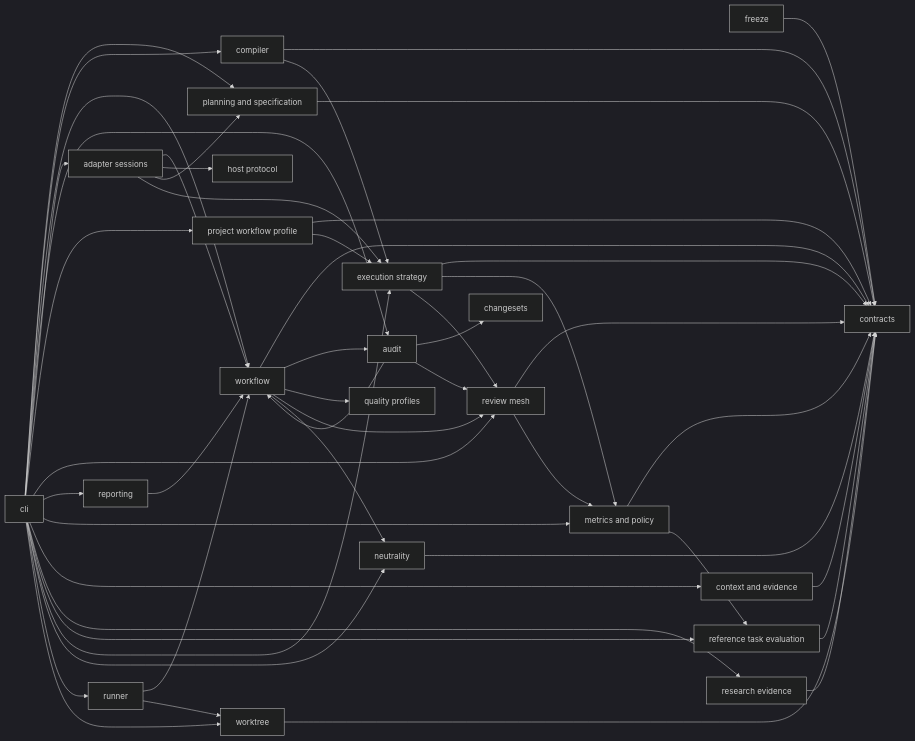
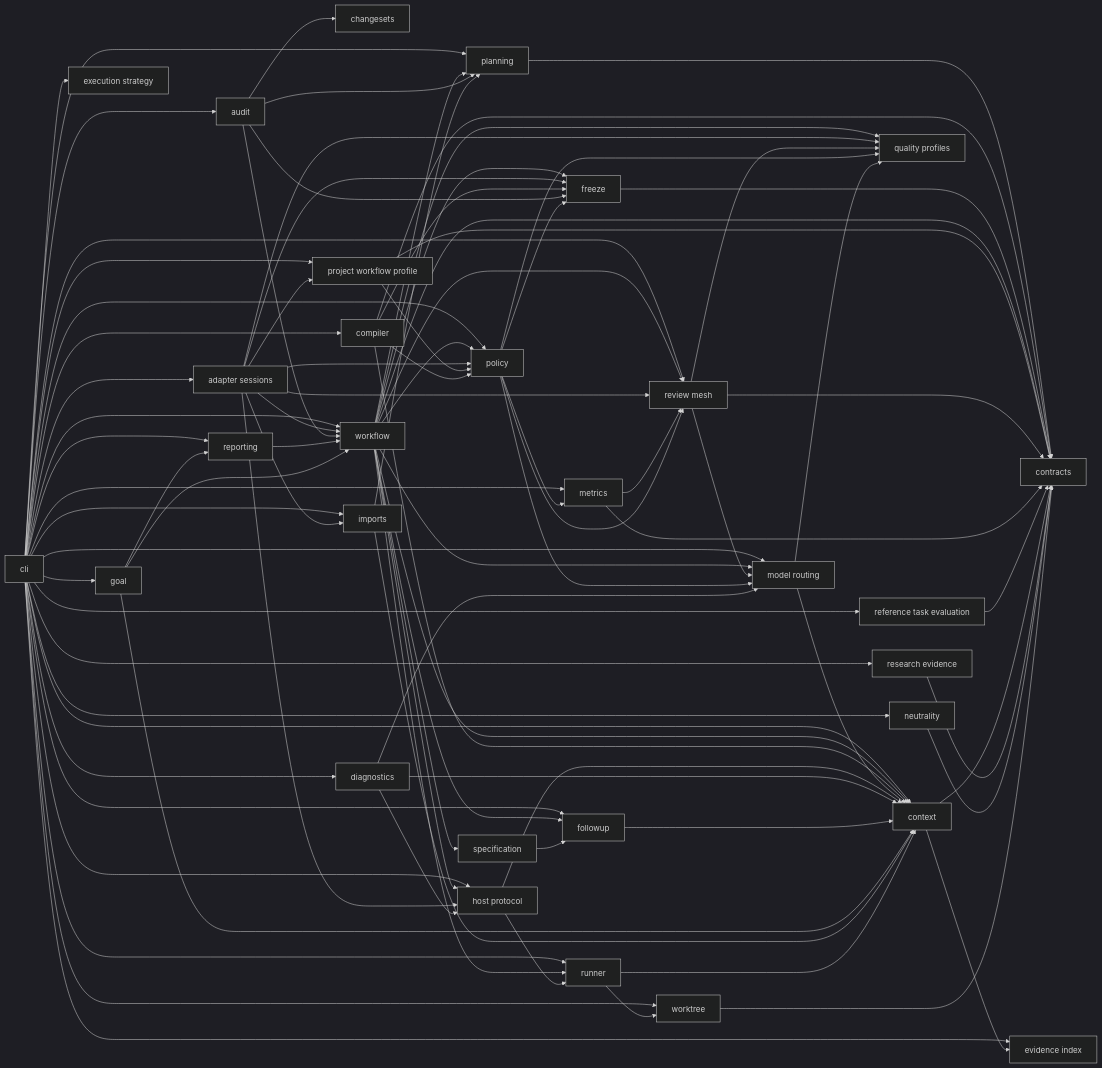
Before and after one commit to avksp/agent-lifecycle-kit: the fourth of 19 diagrams in docs/architecture/system-architecture.md, drawn with Mermaid (dark theme). The commit also changed other lines of this file and 111 other files, not shown here.

Commit message:
feat(architecture): enforce release 1.76 boundaries

````diff
--- a/docs/architecture/system-architecture.md
+++ b/docs/architecture/system-architecture.md
@@ -220,7 +244,7 @@
   contracts[contracts]
   changesets[changesets]
   compiler[compiler]
-  planning[planning and specification]
+  planning[planning]
   freeze[freeze]
   workflow[workflow]
   audit[audit]
@@ -229,8 +253,16 @@
   host_protocol[host protocol]
   review_mesh[review mesh]
   reporting[reporting]
-  metrics[metrics and policy]
-  context[context and evidence]
+  metrics[metrics]
+  policy[policy]
+  model_routing[model routing]
+  context[context]
+  evidence_index[evidence index]
+  diagnostics[diagnostics]
+  followup[followup]
+  goal[goal]
+  imports[imports]
+  specification[specification]
   research[research evidence]
   quality[quality profiles]
   strategy[execution strategy]
@@ -249,6 +281,14 @@
   cli --> reporting
   cli --> metrics
   cli --> context
+  cli --> diagnostics
+  cli --> evidence_index
+  cli --> followup
+  cli --> goal
+  cli --> host_protocol
+  cli --> imports
+  cli --> model_routing
+  cli --> policy
   cli --> research
   cli --> benchmarks
   cli --> strategy
@@ -259,33 +299,65 @@
   compiler --> contracts
   freeze --> contracts
   workflow --> contracts
-  workflow --> audit
+  workflow --> context
+  workflow --> followup
+  workflow --> freeze
+  workflow --> host_protocol
+  workflow --> model_routing
+  workflow --> planning
+  workflow --> policy
   workflow --> quality
   workflow --> review_mesh
-  workflow --> neutrality
+  workflow --> runner
+  workflow --> specification
   adapter_sessions --> workflow
+  adapter_sessions --> freeze
   adapter_sessions --> host_protocol
-  adapter_sessions --> planning
-  adapter_sessions --> strategy
+  adapter_sessions --> imports
+  adapter_sessions --> policy
+  adapter_sessions --> project_profile
+  adapter_sessions --> quality
+  adapter_sessions --> review_mesh
   project_profile --> contracts
-  project_profile --> strategy
-  compiler --> strategy
-  strategy --> contracts
-  strategy --> metrics
-  strategy --> review_mesh
+  project_profile --> policy
+  compiler --> context
+  compiler --> freeze
+  compiler --> policy
   review_mesh --> contracts
-  review_mesh --> metrics
+  review_mesh --> model_routing
+  review_mesh --> quality
   audit --> workflow
   audit --> changesets
-  audit --> review_mesh
+  audit --> freeze
+  audit --> planning
   reporting --> workflow
   metrics --> contracts
+  metrics --> review_mesh
+  policy --> freeze
+  policy --> metrics
+  policy --> model_routing
+  policy --> quality
+  policy --> review_mesh
+  model_routing --> context
+  model_routing --> quality
+  host_protocol --> context
+  host_protocol --> runner
+  context --> evidence_index
+  diagnostics --> context
+  diagnostics --> host_protocol
+  diagnostics --> model_routing
+  followup --> context
+  goal --> context
+  goal --> reporting
+  goal --> workflow
+  imports --> context
+  imports --> planning
+  specification --> followup
+  runner --> context
+  runner --> worktree
   benchmarks --> contracts
-  metrics --> benchmarks
   context --> contracts
   research --> contracts
   neutrality --> contracts
-  runner --> workflow
-  runner --> worktree
   worktree --> contracts
 ```
````
